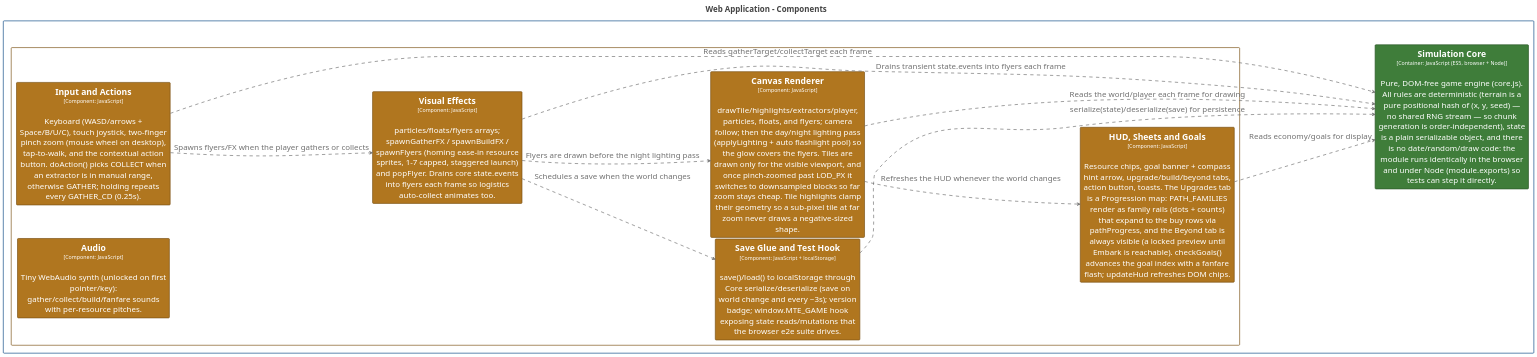
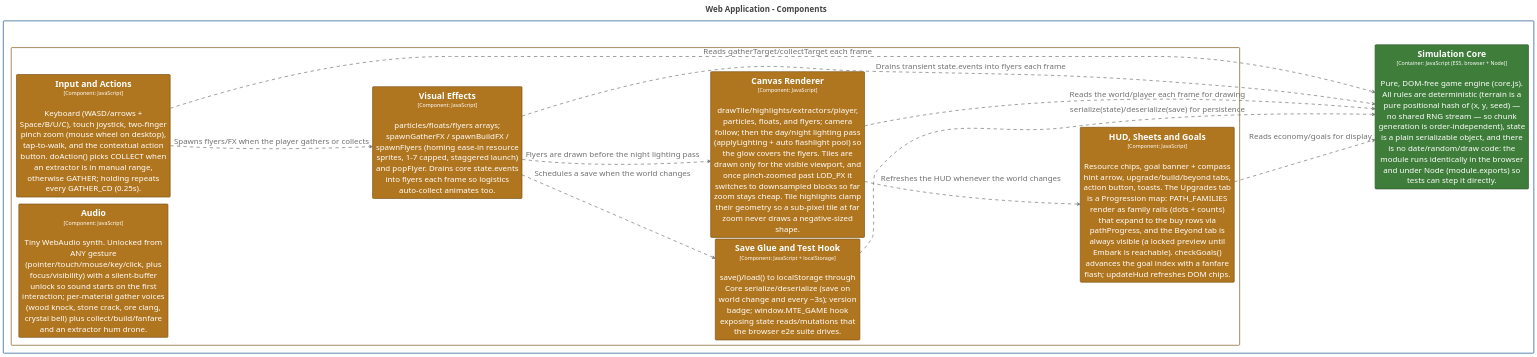
The diagram in structurizr/diagrams/AppComponents.puml (bitkojine/more-than-enough), drawn with PlantUML before and after one commit. The commit also changed 8 other files, not shown here.

First line of the commit message:
v0.13.0: fix — audio starts on first gesture; per-material gather voices

```diff
--- a/structurizr/diagrams/AppComponents.puml
+++ b/structurizr/diagrams/AppComponents.puml
@@ -2,95 +2,95 @@
 @startuml
 title <size:24>Web Application - Components</size>
 
 set separator none
 left to right direction
 skinparam ranksep 20
 skinparam nodesep 5
 hide stereotype
 
 <style>
   root {
     BackgroundColor: #ffffff;
     FontColor: #444444;
   }
   // Element,Component,Presentation
   .Element-RWxlbWVudCxDb21wb25lbnQsUHJlc2VudGF0aW9u {
     BackgroundColor: #b0761f;
     LineColor: #7b5215;
     LineStyle: 0;
     LineThickness: 2;
     FontColor: #ffffff;
     FontSize: 24;
     HorizontalAlignment: center;
     Shadowing: 0;
     MaximumWidth: 450;
   }
   // Element,Container,Core Engine
   .Element-RWxlbWVudCxDb250YWluZXIsQ29yZSBFbmdpbmU= {
     BackgroundColor: #3f7d3a;
     LineColor: #2c5728;
     LineStyle: 0;
     LineThickness: 2;
     FontColor: #ffffff;
     FontSize: 24;
     HorizontalAlignment: center;
     Shadowing: 0;
     MaximumWidth: 450;
   }
   // Relationship
   .Relationship-UmVsYXRpb25zaGlw {
     LineThickness: 2;
     LineStyle: 10-10;
     LineColor: #707070;
     FontColor: #707070;
     FontSize: 24;
     MaximumWidth: 200;
   }
   // MORE THAN ENOUGH
   .Boundary-TU9SRSBUSEFOIEVOT1VHSA== {
     BackgroundColor: #ffffff;
     LineColor: #0b4884;
     LineStyle: 0;
     LineThickness: 2;
     FontColor: #ffffff;
     FontSize: 24;
     HorizontalAlignment: center;
     Shadowing: 0;
   }
   // Web Application
   .Boundary-V2ViIEFwcGxpY2F0aW9u {
     BackgroundColor: #ffffff;
     LineColor: #7b5215;
     LineStyle: 0;
     LineThickness: 2;
     FontColor: #ffffff;
     FontSize: 24;
     HorizontalAlignment: center;
     Shadowing: 0;
   }
 </style>
 
 rectangle "MORE THAN ENOUGH\n<size:16>[Software System]</size>" <<Boundary-TU9SRSBUSEFOIEVOT1VHSA==>> {
   rectangle "Web Application\n<size:16>[Container: HTML/CSS/JavaScript]</size>" <<Boundary-V2ViIEFwcGxpY2F0aW9u>> {
     rectangle "==Save Glue and Test Hook\n<size:16>[Component: JavaScript + localStorage]</size>\n\nsave()/load() to localStorage through Core serialize/deserialize (save on world change and every ~3s); version badge; window.MTE_GAME hook exposing state reads/mutations that the browser e2e suite drives." <<Element-RWxlbWVudCxDb21wb25lbnQsUHJlc2VudGF0aW9u>> as MORETHANENOUGH.WebApplication.SaveGlueandTestHook
     rectangle "==Input and Actions\n<size:16>[Component: JavaScript]</size>\n\nKeyboard (WASD/arrows + Space/B/U/C), touch joystick, two-finger pinch zoom (mouse wheel on desktop), tap-to-walk, and the contextual action button. doAction() picks COLLECT when an extractor is in manual range, otherwise GATHER; holding repeats every GATHER_CD (0.25s)." <<Element-RWxlbWVudCxDb21wb25lbnQsUHJlc2VudGF0aW9u>> as MORETHANENOUGH.WebApplication.InputandActions
     rectangle "==Canvas Renderer\n<size:16>[Component: JavaScript]</size>\n\ndrawTile/highlights/extractors/player, particles, floats, and flyers; camera follow; then the day/night lighting pass (applyLighting + auto flashlight pool) so the glow covers the flyers. Tiles are drawn only for the visible viewport, and once pinch-zoomed past LOD_PX it switches to downsampled blocks so far zoom stays cheap. Tile highlights clamp their geometry so a sub-pixel tile at far zoom never draws a negative-sized shape." <<Element-RWxlbWVudCxDb21wb25lbnQsUHJlc2VudGF0aW9u>> as MORETHANENOUGH.WebApplication.CanvasRenderer
     rectangle "==Visual Effects\n<size:16>[Component: JavaScript]</size>\n\nparticles/floats/flyers arrays; spawnGatherFX / spawnBuildFX / spawnFlyers (homing ease-in resource sprites, 1-7 capped, staggered launch) and popFlyer. Drains core state.events into flyers each frame so logistics auto-collect animates too." <<Element-RWxlbWVudCxDb21wb25lbnQsUHJlc2VudGF0aW9u>> as MORETHANENOUGH.WebApplication.VisualEffects
     rectangle "==HUD, Sheets and Goals\n<size:16>[Component: JavaScript]</size>\n\nResource chips, goal banner + compass hint arrow, upgrade/build/beyond tabs, action button, toasts. The Upgrades tab is a Progression map: PATH_FAMILIES render as family rails (dots + counts) that expand to the buy rows via pathProgress, and the Beyond tab is always visible (a locked preview until Embark is reachable). checkGoals() advances the goal index with a fanfare flash; updateHud refreshes DOM chips." <<Element-RWxlbWVudCxDb21wb25lbnQsUHJlc2VudGF0aW9u>> as MORETHANENOUGH.WebApplication.HUDSheetsandGoals
-    rectangle "==Audio\n<size:16>[Component: JavaScript]</size>\n\nTiny WebAudio synth (unlocked on first pointer/key): gather/collect/build/fanfare sounds with per-resource pitches." <<Element-RWxlbWVudCxDb21wb25lbnQsUHJlc2VudGF0aW9u>> as MORETHANENOUGH.WebApplication.Audio
+    rectangle "==Audio\n<size:16>[Component: JavaScript]</size>\n\nTiny WebAudio synth. Unlocked from ANY gesture (pointer/touch/mouse/key/click, plus focus/visibility) with a silent-buffer unlock so sound starts on the first interaction; per-material gather voices (wood knock, stone crack, ore clang, crystal bell) plus collect/build/fanfare and an extractor hum drone." <<Element-RWxlbWVudCxDb21wb25lbnQsUHJlc2VudGF0aW9u>> as MORETHANENOUGH.WebApplication.Audio
   }
 
   rectangle "==Simulation Core\n<size:16>[Container: JavaScript (ES5, browser + Node)]</size>\n\nPure, DOM-free game engine (core.js). All rules are deterministic (terrain is a pure positional hash of (x, y, seed) — no shared RNG stream — so chunk generation is order-independent), state is a plain serializable object, and there is no date/random/draw code: the module runs identically in the browser and under Node (module.exports) so tests can step it directly." <<Element-RWxlbWVudCxDb250YWluZXIsQ29yZSBFbmdpbmU=>> as MORETHANENOUGH.SimulationCore
 }
 
 MORETHANENOUGH.WebApplication.InputandActions --> MORETHANENOUGH.SimulationCore <<Relationship-UmVsYXRpb25zaGlw>> : "Reads gatherTarget/collectTarget each frame"
 MORETHANENOUGH.WebApplication.CanvasRenderer --> MORETHANENOUGH.SimulationCore <<Relationship-UmVsYXRpb25zaGlw>> : "Reads the world/player each frame for drawing"
 MORETHANENOUGH.WebApplication.HUDSheetsandGoals --> MORETHANENOUGH.SimulationCore <<Relationship-UmVsYXRpb25zaGlw>> : "Reads economy/goals for display"
 MORETHANENOUGH.WebApplication.InputandActions --> MORETHANENOUGH.WebApplication.VisualEffects <<Relationship-UmVsYXRpb25zaGlw>> : "Spawns flyers/FX when the player gathers or collects"
 MORETHANENOUGH.WebApplication.VisualEffects --> MORETHANENOUGH.SimulationCore <<Relationship-UmVsYXRpb25zaGlw>> : "Drains transient state.events into flyers each frame"
 MORETHANENOUGH.WebApplication.VisualEffects --> MORETHANENOUGH.WebApplication.CanvasRenderer <<Relationship-UmVsYXRpb25zaGlw>> : "Flyers are drawn before the night lighting pass"
 MORETHANENOUGH.WebApplication.VisualEffects --> MORETHANENOUGH.WebApplication.SaveGlueandTestHook <<Relationship-UmVsYXRpb25zaGlw>> : "Schedules a save when the world changes"
 MORETHANENOUGH.WebApplication.CanvasRenderer --> MORETHANENOUGH.WebApplication.HUDSheetsandGoals <<Relationship-UmVsYXRpb25zaGlw>> : "Refreshes the HUD whenever the world changes"
 MORETHANENOUGH.WebApplication.SaveGlueandTestHook --> MORETHANENOUGH.SimulationCore <<Relationship-UmVsYXRpb25zaGlw>> : "serialize(state)/deserialize(save) for persistence"
 
 @enduml
```
